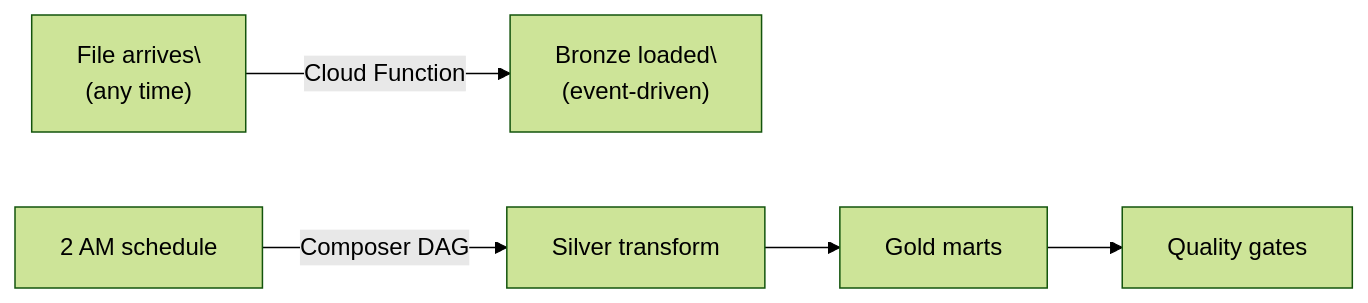
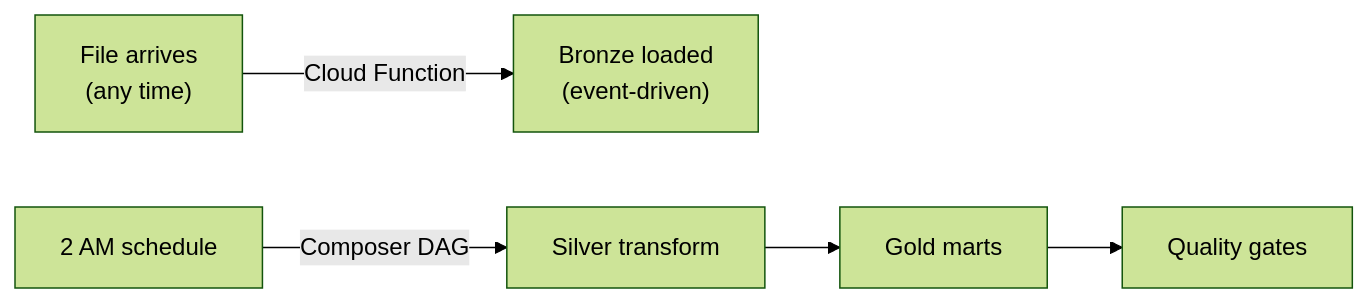
Before and after one commit to sunilmogadati/systems-in-production: the third of 3 diagrams in playbooks/data/cloud-pipeline/05_Orchestration.md, drawn with Mermaid (forest theme). The commit also changed 24 other files, not shown here.

````diff
--- a/playbooks/data/cloud-pipeline/05_Orchestration.md
+++ b/playbooks/data/cloud-pipeline/05_Orchestration.md
@@ -231,7 +231,7 @@
 ```mermaid
 graph LR
-    A["File arrives\<br/>(any time)"] -->|"Cloud Function"| B["Bronze loaded\<br/>(event-driven)"]
+    A["File arrives<br/>(any time)"] -->|"Cloud Function"| B["Bronze loaded<br/>(event-driven)"]
     C["2 AM schedule"] -->|"Composer DAG"| D["Silver transform"]
     D --> E["Gold marts"]
     E --> F["Quality gates"]
 ```
````
